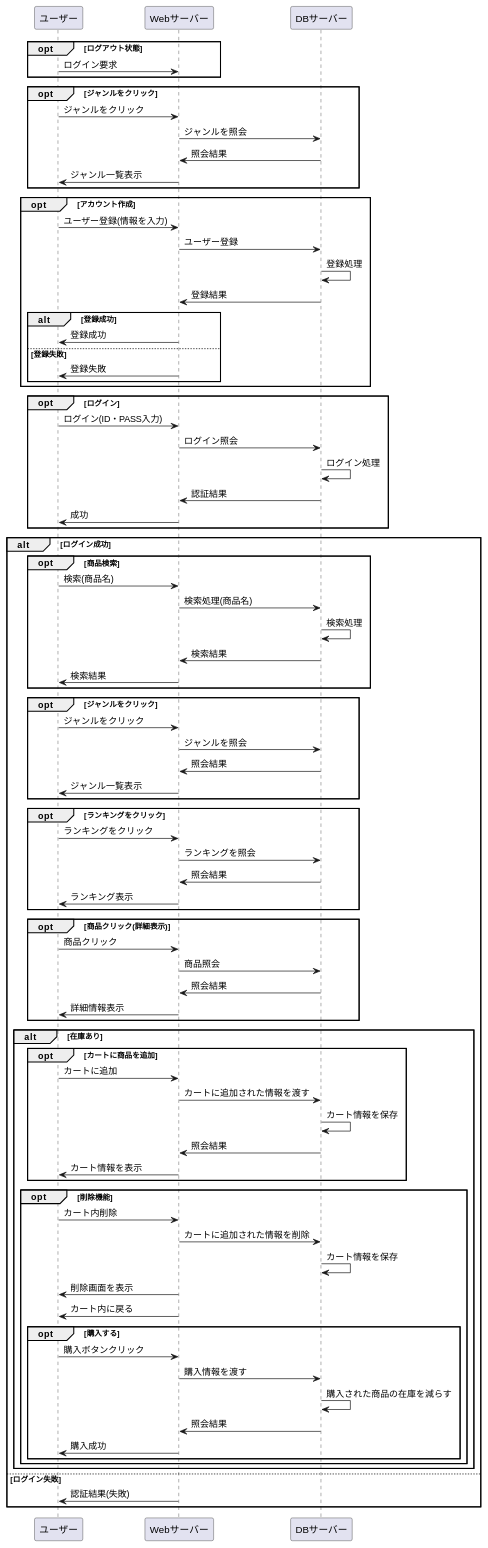
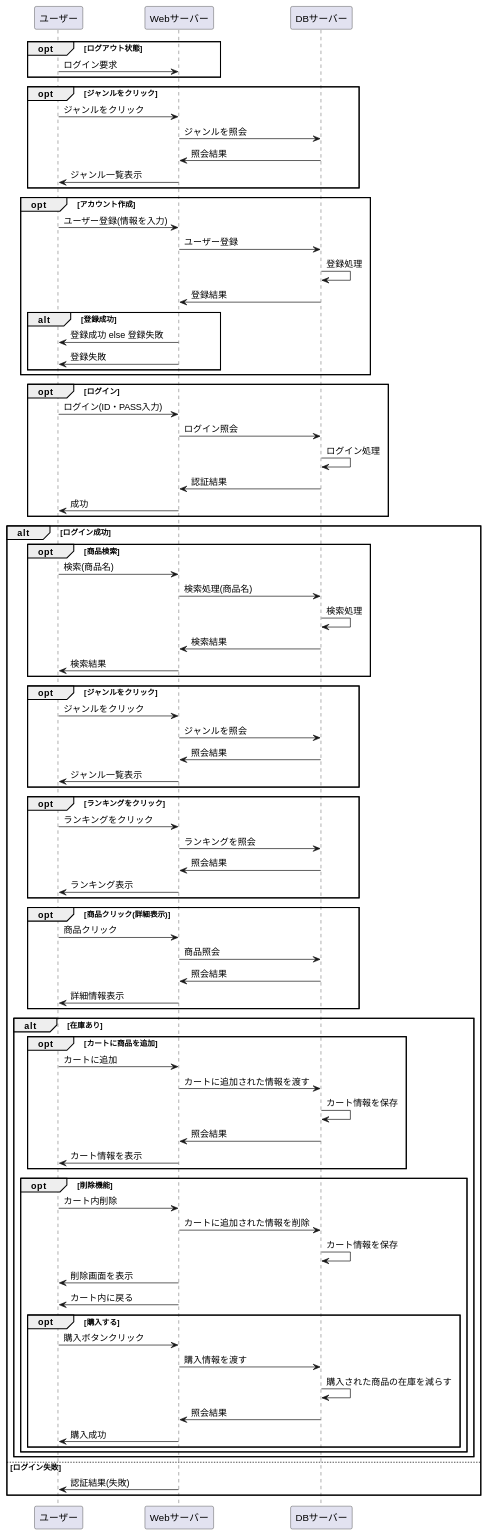
The diagram in stationary/業務フロー/kari1.md (Aso2001154/2021sys-design), drawn with PlantUML before and after one commit.

```diff
--- a/stationary/業務フロー/kari1.md
+++ b/stationary/業務フロー/kari1.md
@@ -19,8 +19,7 @@
 DBサーバー -> DBサーバー : 登録処理
 DBサーバー -> Webサーバー : 登録結果
 alt 登録成功
-Webサーバー -> ユーザー : 登録成功
-else 登録失敗
+Webサーバー -> ユーザー : 登録成功 else 登録失敗
 Webサーバー -> ユーザー : 登録失敗
 end
 end
```
